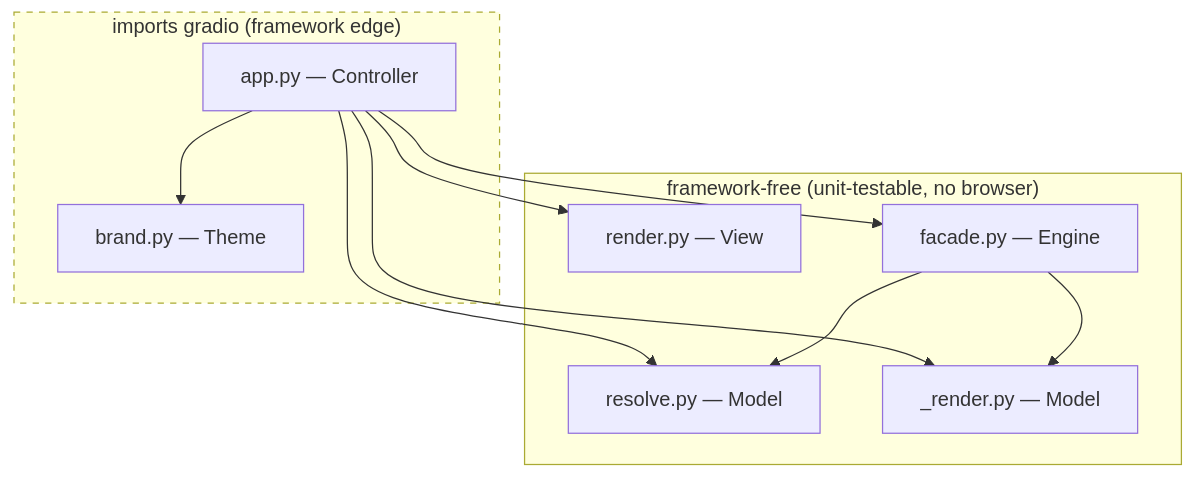
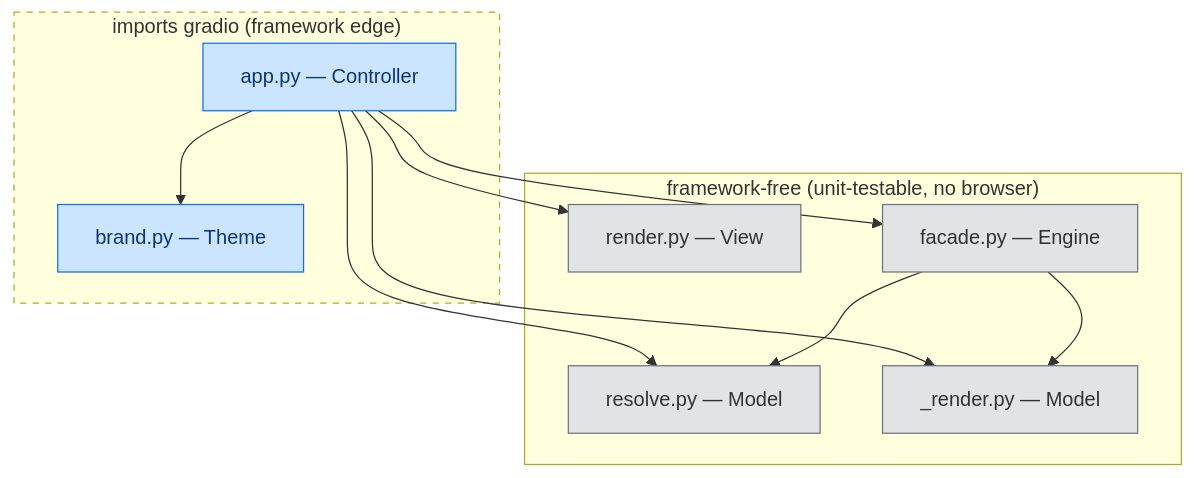
One commit to paul007ex/breachsafe-ux changed the diagram in docs/explanation/the-gradio-shell.md. Above: the diagram before and after it, drawn with Mermaid. The commit also changed 10 other files, not shown here.

First line of the commit message:
docs: add semantic colour to the Mermaid diagrams (#156)

````diff
--- a/docs/explanation/the-gradio-shell.md
+++ b/docs/explanation/the-gradio-shell.md
@@ -29,21 +29,29 @@
 ```mermaid
 flowchart TD
     subgraph gradio["imports gradio (framework edge)"]
         app["app.py — Controller"]
         brand["brand.py — Theme"]
     end
     subgraph free["framework-free (unit-testable, no browser)"]
         resolve["resolve.py — Model"]
         rendermodel["_render.py — Model"]
         view["render.py — View"]
         facade["facade.py — Engine"]
     end
     app --> facade
     app --> view
     app --> resolve
     app --> rendermodel
     app --> brand
     facade --> resolve
     facade --> rendermodel
     style gradio stroke-dasharray: 5 5
+    classDef valid       fill:#d4edda,stroke:#28a745,color:#155724;
+    classDef invalid     fill:#f8d7da,stroke:#dc3545,color:#721c24;
+    classDef unavailable fill:#fff3cd,stroke:#fd7e14,color:#7a4a00;
+    classDef process     fill:#cce5ff,stroke:#0d6efd,color:#0a3678;
+    classDef artifact    fill:#e2e3e5,stroke:#6c757d,color:#2f3336;
+    classDef external    fill:#e7d6ff,stroke:#6f42c1,color:#3d1a78;
+    class app,brand process;
+    class resolve,rendermodel,view,facade artifact;
 ```
````
